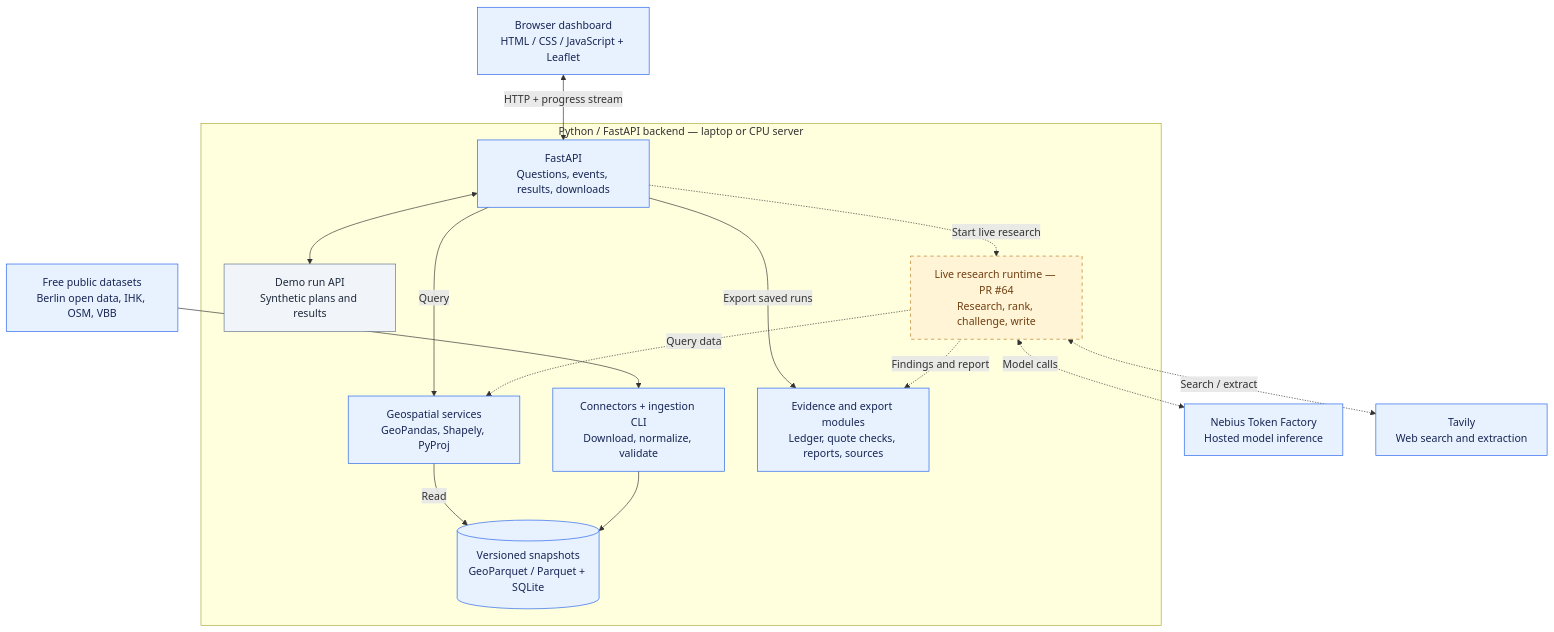
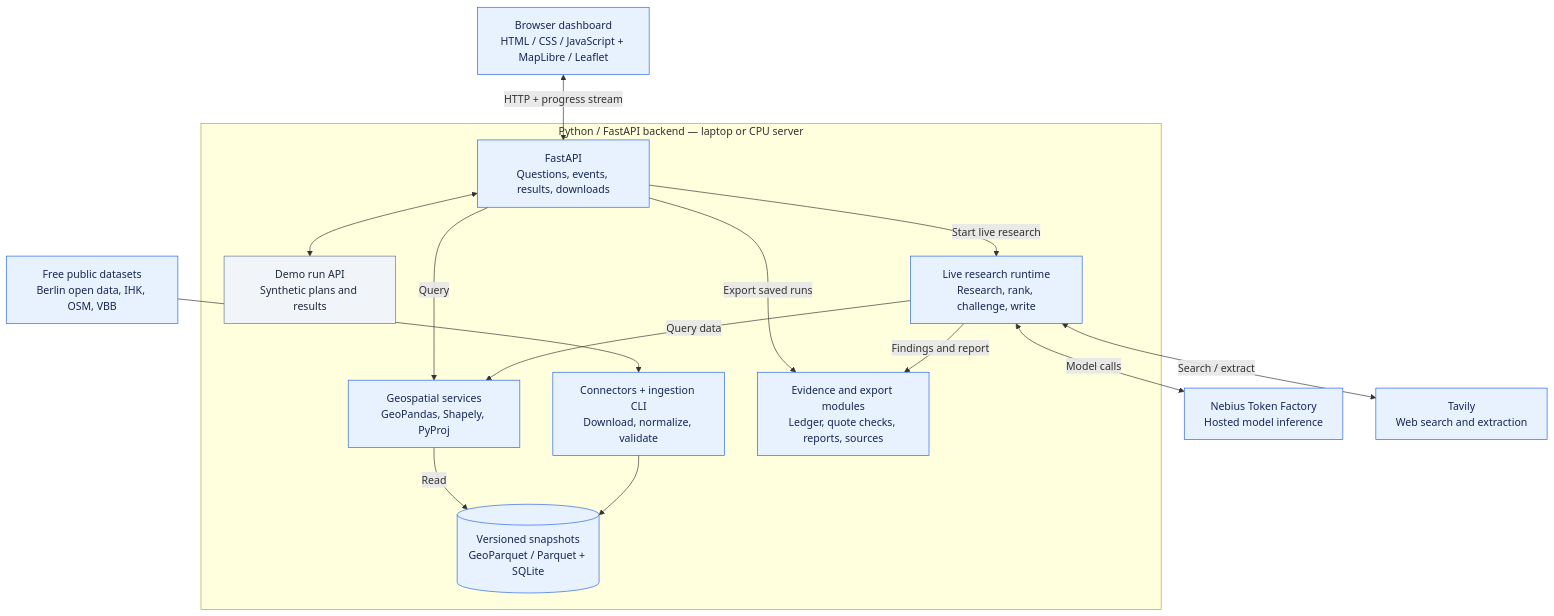
The second of 3 diagrams in README.md (roger704/Risalite-hackathon), drawn with Mermaid before and after one commit. The commit also changed other lines of this file and 2 other files, not shown here.

Commit message:
Put production link first and update live deployment documentation

````diff
--- a/README.md
+++ b/README.md
@@ -57,37 +61,35 @@
 ```mermaid
 flowchart TB
-    ui["Browser dashboard<br/>HTML / CSS / JavaScript + Leaflet"]
+    ui["Browser dashboard<br/>HTML / CSS / JavaScript + MapLibre / Leaflet"]
     data["Free public datasets<br/>Berlin open data, IHK, OSM, VBB"]
 
     subgraph backend["Python / FastAPI backend — laptop or CPU server"]
         api["FastAPI<br/>Questions, events, results, downloads"]
         fixtures["Demo run API<br/>Synthetic plans and results"]
         ingest["Connectors + ingestion CLI<br/>Download, normalize, validate"]
         store[("Versioned snapshots<br/>GeoParquet / Parquet + SQLite")]
         geo["Geospatial services<br/>GeoPandas, Shapely, PyProj"]
-        agent["Live research runtime — PR #64<br/>Research, rank, challenge, write"]
+        agent["Live research runtime<br/>Research, rank, challenge, write"]
         evidence["Evidence and export modules<br/>Ledger, quote checks, reports, sources"]
     end
 
     nebius["Nebius Token Factory<br/>Hosted model inference"]
     tavily["Tavily<br/>Web search and extraction"]
 
     ui <-->|"HTTP + progress stream"| api
     api <--> fixtures
     api -->|"Query"| geo
     geo -->|"Read"| store
     data --> ingest --> store
     api -->|"Export saved runs"| evidence
-    api -.->|"Start live research"| agent
-    agent -.->|"Query data"| geo
-    agent <-.->|"Model calls"| nebius
-    agent <-.->|"Search / extract"| tavily
-    agent -.->|"Findings and report"| evidence
+    api -->|"Start live research"| agent
+    agent -->|"Query data"| geo
+    agent <-->|"Model calls"| nebius
+    agent <-->|"Search / extract"| tavily
+    agent -->|"Findings and report"| evidence
 
     classDef available fill:#e8f2ff,stroke:#2563eb,color:#172554;
     classDef demo fill:#f1f5f9,stroke:#64748b,color:#1e293b;
-    classDef integrating fill:#fff4d6,stroke:#b7791f,color:#713f12,stroke-dasharray:5 5;
-    class ui,api,ingest,store,geo,evidence,data,nebius,tavily available;
+    class ui,api,ingest,store,geo,evidence,data,nebius,tavily,agent available;
     class fixtures demo;
-    class agent integrating;
 ```
````
